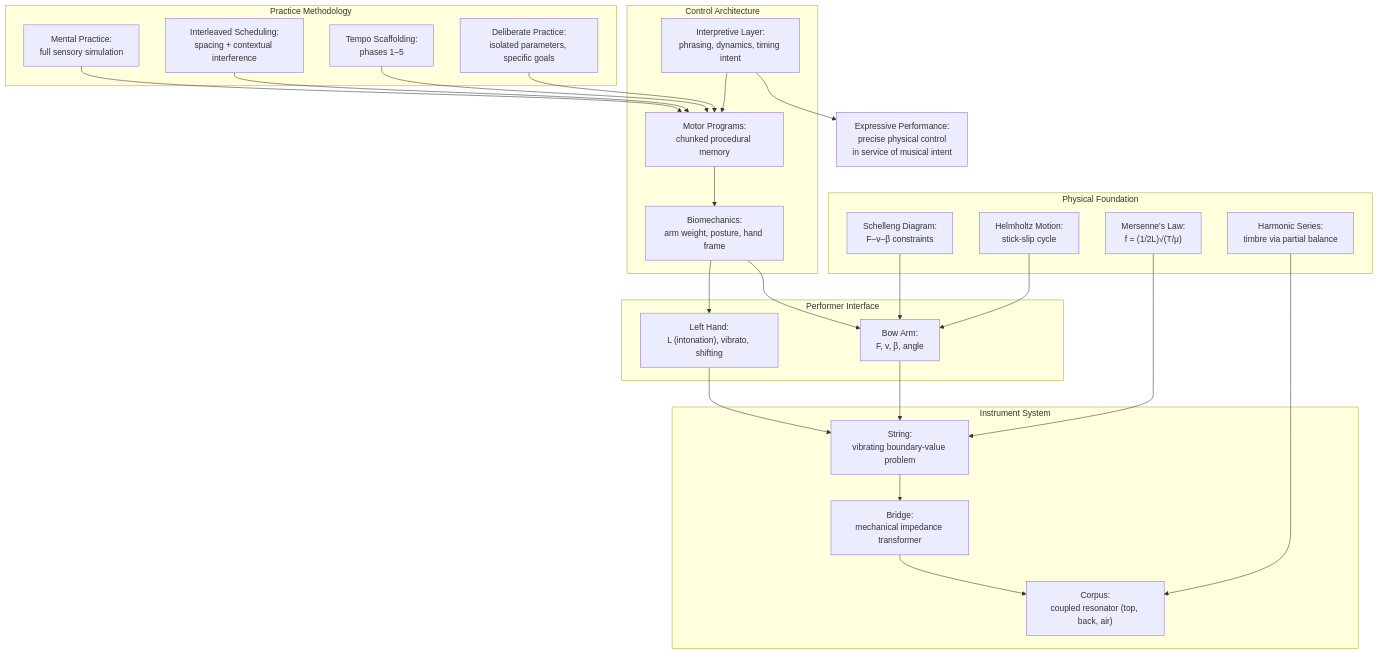
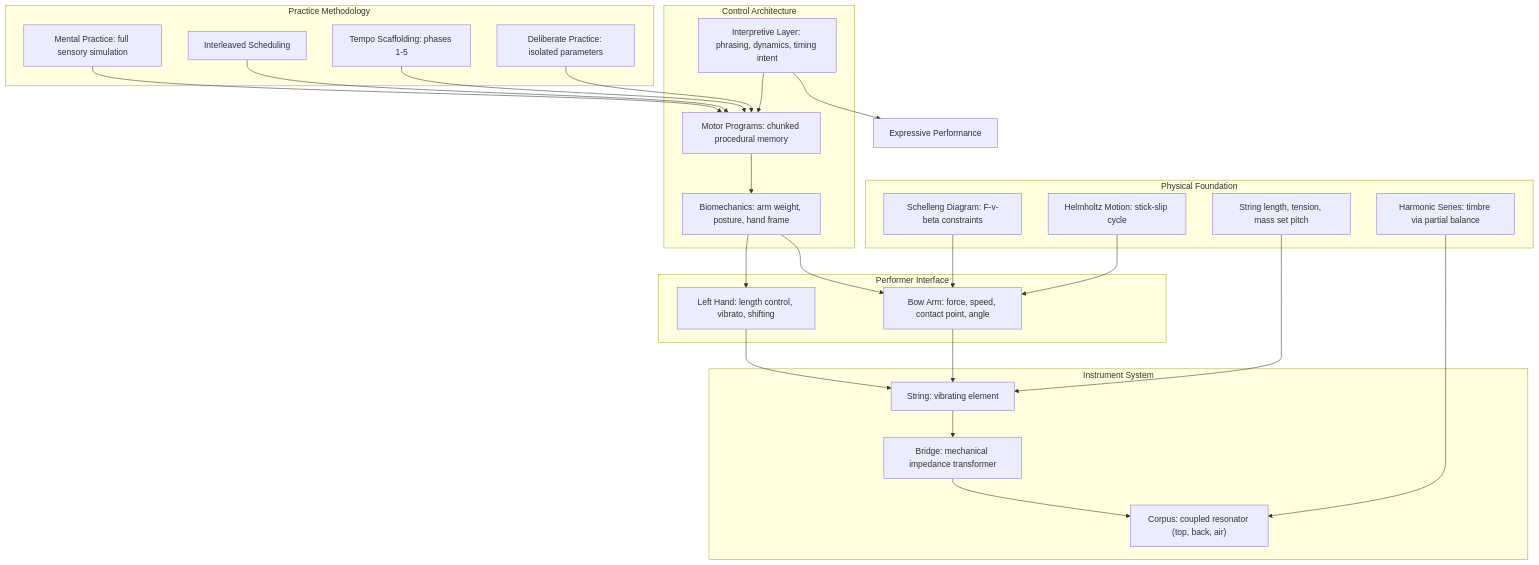
The sixth of 6 diagrams in topics/arts/music_performance/strings/lesson_03_repertoire_and_practice.md (blebleblee/synapse), drawn with Mermaid before and after one commit. The commit also changed other lines of this file and 4 other files, not shown here.

````diff
--- a/topics/arts/music_performance/strings/lesson_03_repertoire_and_practice.md
+++ b/topics/arts/music_performance/strings/lesson_03_repertoire_and_practice.md
@@ -660,50 +626,50 @@
 ```mermaid
 graph TD
     subgraph sub_physics ["Physical Foundation"]
-        P1["Mersenne's Law:\nf = (1/2L)√(T/μ)"]
-        P2["Helmholtz Motion:\nstick-slip cycle"]
-        P3["Harmonic Series:\ntimbre via partial balance"]
-        P4["Schelleng Diagram:\nF–v–β constraints"]
+        P1["String length, tension, mass set pitch"]
+        P2["Helmholtz Motion: stick-slip cycle"]
+        P3["Harmonic Series: timbre via partial balance"]
+        P4["Schelleng Diagram: F-v-beta constraints"]
     end
 
     subgraph sub_instrument ["Instrument System"]
-        I1["String:\nvibrating boundary-value problem"]
-        I2["Bridge:\nmechanical impedance transformer"]
-        I3["Corpus:\ncoupled resonator (top, back, air)"]
+        I1["String: vibrating element"]
+        I2["Bridge: mechanical impedance transformer"]
+        I3["Corpus: coupled resonator (top, back, air)"]
     end
 
     subgraph sub_interface ["Performer Interface"]
-        B1["Bow Arm:\nF, v, β, angle"]
-        L1["Left Hand:\nL (intonation), vibrato, shifting"]
+        B1["Bow Arm: force, speed, contact point, angle"]
+        L1["Left Hand: length control, vibrato, shifting"]
     end
 
     subgraph sub_control ["Control Architecture"]
-        C1["Biomechanics:\narm weight, posture, hand frame"]
-        C2["Motor Programs:\nchunked procedural memory"]
-        C3["Interpretive Layer:\nphrasing, dynamics, timing intent"]
+        C1["Biomechanics: arm weight, posture, hand frame"]
+        C2["Motor Programs: chunked procedural memory"]
+        C3["Interpretive Layer: phrasing, dynamics, timing intent"]
     end
 
     subgraph sub_practice ["Practice Methodology"]
-        PR1["Deliberate Practice:\nisolated parameters, specific goals"]
-        PR2["Tempo Scaffolding:\nphases 1–5"]
-        PR3["Interleaved Scheduling:\nspacing + contextual interference"]
-        PR4["Mental Practice:\nfull sensory simulation"]
+        PR1["Deliberate Practice: isolated parameters"]
+        PR2["Tempo Scaffolding: phases 1-5"]
+        PR3["Interleaved Scheduling"]
+        PR4["Mental Practice: full sensory simulation"]
     end
 
     P1 --> I1
     P2 --> B1
     P3 --> I3
     P4 --> B1
     I1 --> I2 --> I3
     B1 --> I1
     L1 --> I1
     C1 --> B1
     C1 --> L1
     C2 --> C1
     C3 --> C2
     PR1 --> C2
     PR2 --> C2
     PR3 --> C2
     PR4 --> C2
-    C3 --> E["Expressive Performance:\nprecise physical control\nin service of musical intent"]
+    C3 --> E["Expressive Performance"]
 ```
````
